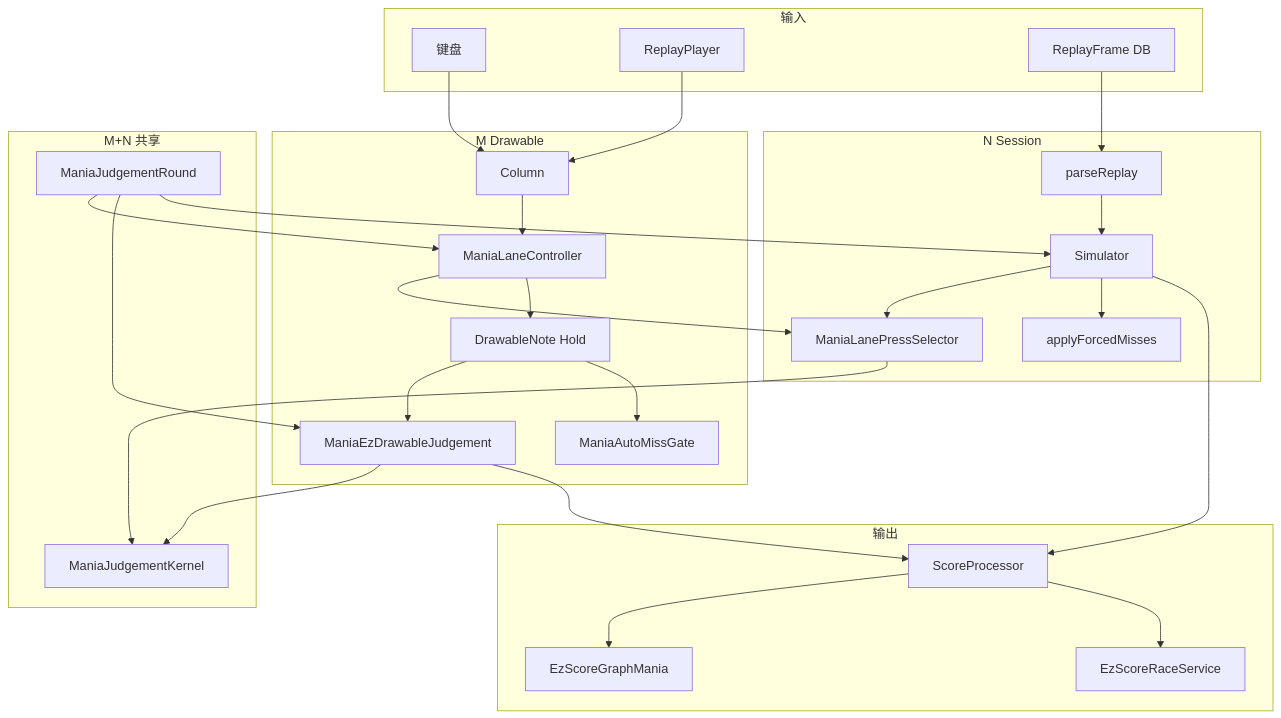
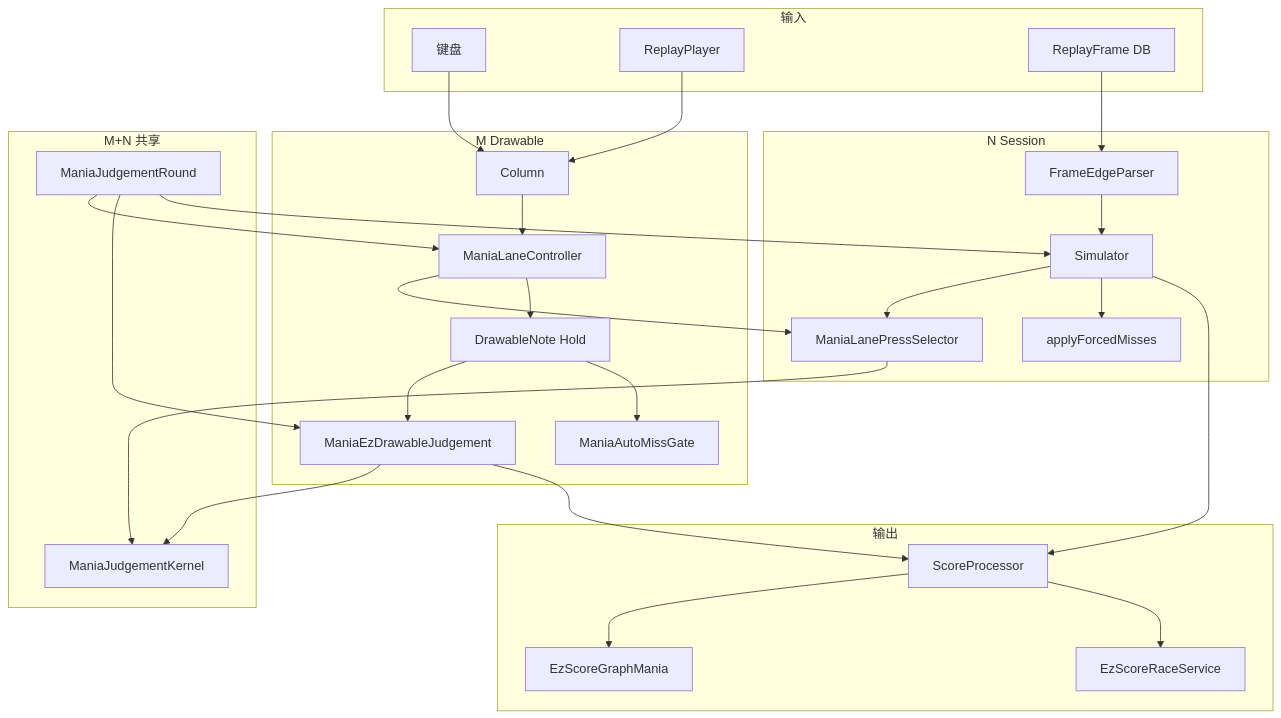
One commit to zzzzv/osu changed the second of 2 diagrams in osu.Game/EzOsuGame/Scoring/MANIA-JUDGEMENT-TOPOLOGY.md. Above: the diagram before and after it, drawn with Mermaid. The commit also changed other lines of this file and 10 other files, not shown here.

First line of the commit message:
Mania batch 7: ReplayFrame edge parser and Race FeedMode switch

````diff
--- a/osu.Game/EzOsuGame/Scoring/MANIA-JUDGEMENT-TOPOLOGY.md
+++ b/osu.Game/EzOsuGame/Scoring/MANIA-JUDGEMENT-TOPOLOGY.md
@@ -68,43 +68,43 @@
 ```mermaid
 flowchart TB
     subgraph inputs [输入]
         KB[键盘]
         RP[ReplayPlayer]
         DB[ReplayFrame DB]
     end
     subgraph M [M Drawable]
         Col[Column]
         MLC[ManiaLaneController]
         DHO[DrawableNote Hold]
         MEJ[ManiaEzDrawableJudgement]
         AMG[ManiaAutoMissGate]
     end
     subgraph N [N Session]
-        Parse[parseReplay]
+        Parse[FrameEdgeParser]
         Sim[Simulator]
         MLPS[ManiaLanePressSelector]
         FM[applyForcedMisses]
     end
     subgraph shared [M+N 共享]
         Round[ManiaJudgementRound]
         Kernel[ManiaJudgementKernel]
     end
     subgraph out [输出]
         SP[ScoreProcessor]
         Graph[EzScoreGraphMania]
         Race[EzScoreRaceService]
     end
     KB --> Col --> MLC --> MLPS
     MLC --> DHO --> MEJ --> Kernel
     DHO --> AMG
     RP --> Col
     DB --> Parse --> Sim --> MLPS --> Kernel
     Sim --> FM
     Round --> MLC
     Round --> MEJ
     Round --> Sim
     MEJ --> SP
     Sim --> SP
     SP --> Graph
     SP --> Race
 ```
````
